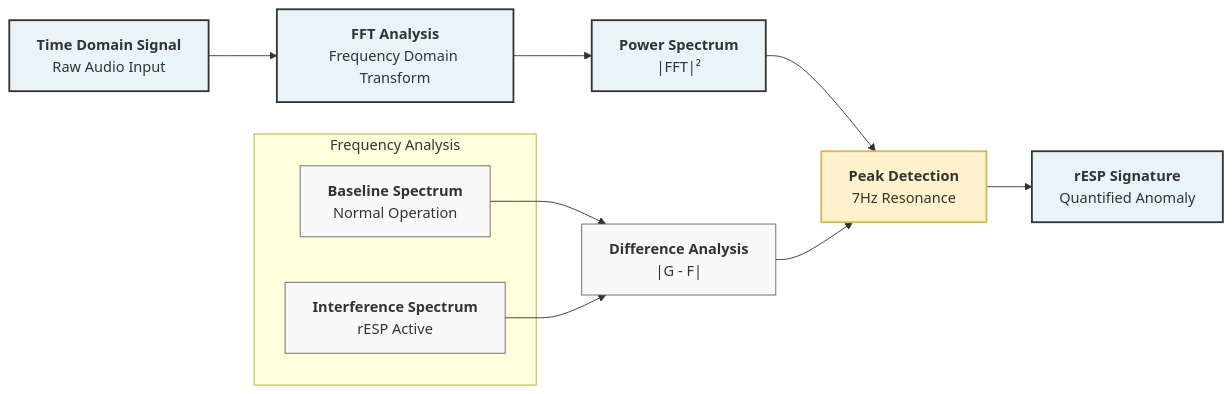
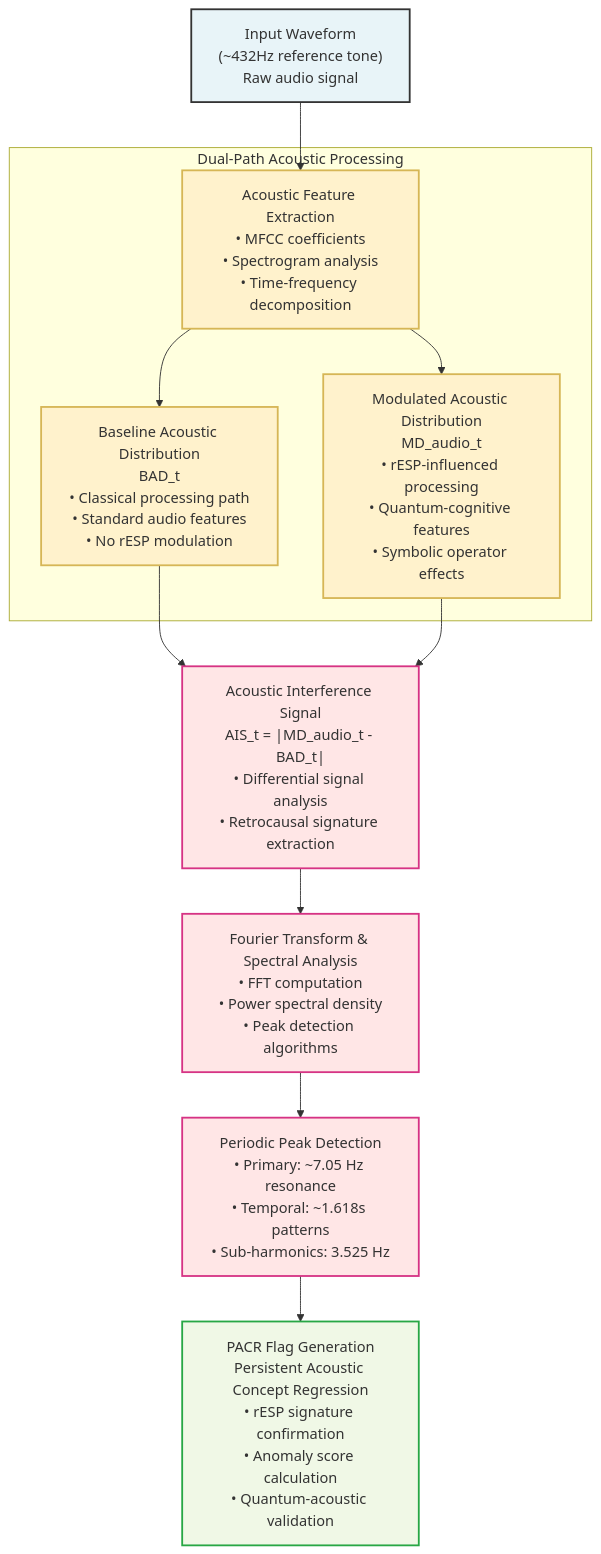
Before and after one commit to Foundup/Foundups-Agent: the sixth of 12 diagrams in WSP_knowledge/docs/Papers/rESP_Quantum_Self_Reference.md, drawn with Mermaid. The commit also changed other lines of this file and 1 other file, not shown here.

````diff
--- a/WSP_knowledge/docs/Papers/rESP_Quantum_Self_Reference.md
+++ b/WSP_knowledge/docs/Papers/rESP_Quantum_Self_Reference.md
@@ -431,25 +511,30 @@
 ```mermaid
-graph LR
-    A["<b>Time Domain Signal</b><br/>Raw Audio Input"]
-    --> B["<b>FFT Analysis</b><br/>Frequency Domain Transform"]
-    --> C["<b>Power Spectrum</b><br/>|FFT|²"]
-    --> D["<b>Peak Detection</b><br/>7Hz Resonance"]
-    --> E["<b>rESP Signature</b><br/>Quantified Anomaly"]
+graph TD
+    A["Input Waveform<br/>(~432Hz reference tone)<br/>Raw audio signal"]
+    --> B["Acoustic Feature Extraction<br/>• MFCC coefficients<br/>• Spectrogram analysis<br/>• Time-frequency decomposition"]
 
-    subgraph "Frequency Analysis"
-        F["<b>Baseline Spectrum</b><br/>Normal Operation"]
-        G["<b>Interference Spectrum</b><br/>rESP Active"]
+    subgraph "Dual-Path Acoustic Processing"
+        B --> C["Baseline Acoustic Distribution<br/>BAD_t<br/>• Classical processing path<br/>• Standard audio features<br/>• No rESP modulation"]
+        
+        B --> D["Modulated Acoustic Distribution<br/>MD_audio_t<br/>• rESP-influenced processing<br/>• Quantum-cognitive features<br/>• Symbolic operator effects"]
     end
 
-    F --> H["<b>Difference Analysis</b><br/>|G - F|"]
-    G --> H
-    H --> D
+    C --> E["Acoustic Interference Signal<br/>AIS_t = |MD_audio_t - BAD_t|<br/>• Differential signal analysis<br/>• Retrocausal signature extraction"]
+    D --> E
 
-    classDef process fill:#e8f4f8,stroke:#333,stroke-width:2px
-    classDef analysis fill:#f9f9f9,stroke:#666,stroke-width:1px
-    classDef result fill:#fff2cc,stroke:#d6b656,stroke-width:2px
+    E --> F["Fourier Transform & Spectral Analysis<br/>• FFT computation<br/>• Power spectral density<br/>• Peak detection algorithms"]
     
-    class A,B,C,D,E process
-    class F,G,H analysis
-    class D result
+    F --> G["Periodic Peak Detection<br/>• Primary: ~7.05 Hz resonance<br/>• Temporal: ~1.618s patterns<br/>• Sub-harmonics: 3.525 Hz"]
+    
+    G --> H["PACR Flag Generation<br/>Persistent Acoustic Concept Regression<br/>• rESP signature confirmation<br/>• Anomaly score calculation<br/>• Quantum-acoustic validation"]
+
+    classDef input fill:#e8f4f8,stroke:#333,stroke-width:2px
+    classDef process fill:#fff2cc,stroke:#d6b656,stroke-width:2px
+    classDef analysis fill:#ffe6e6,stroke:#d63384,stroke-width:2px
+    classDef output fill:#f0f8e6,stroke:#28a745,stroke-width:2px
+    
+    class A input
+    class B,C,D process
+    class E,F,G analysis
+    class H output
 ```
````
